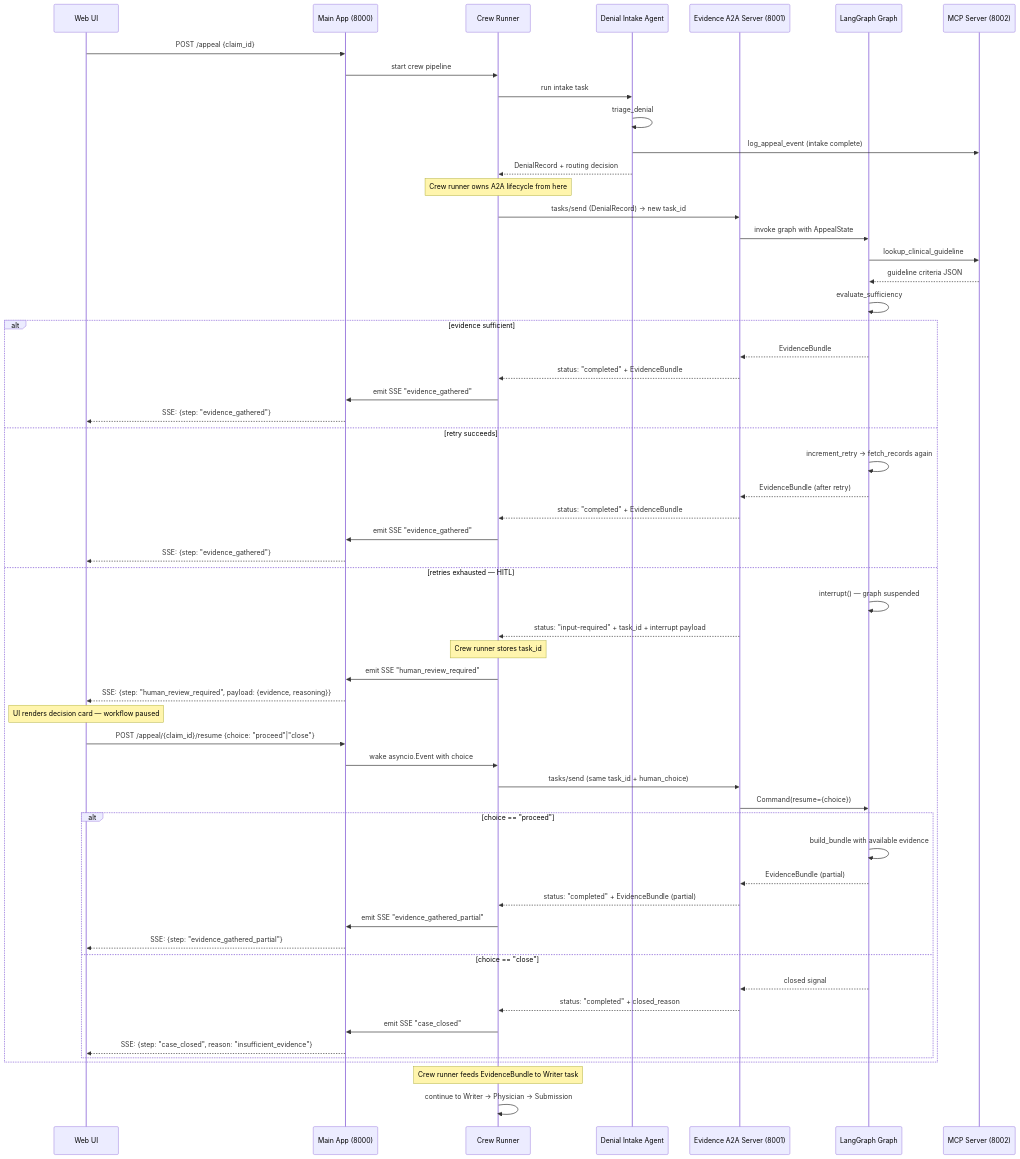
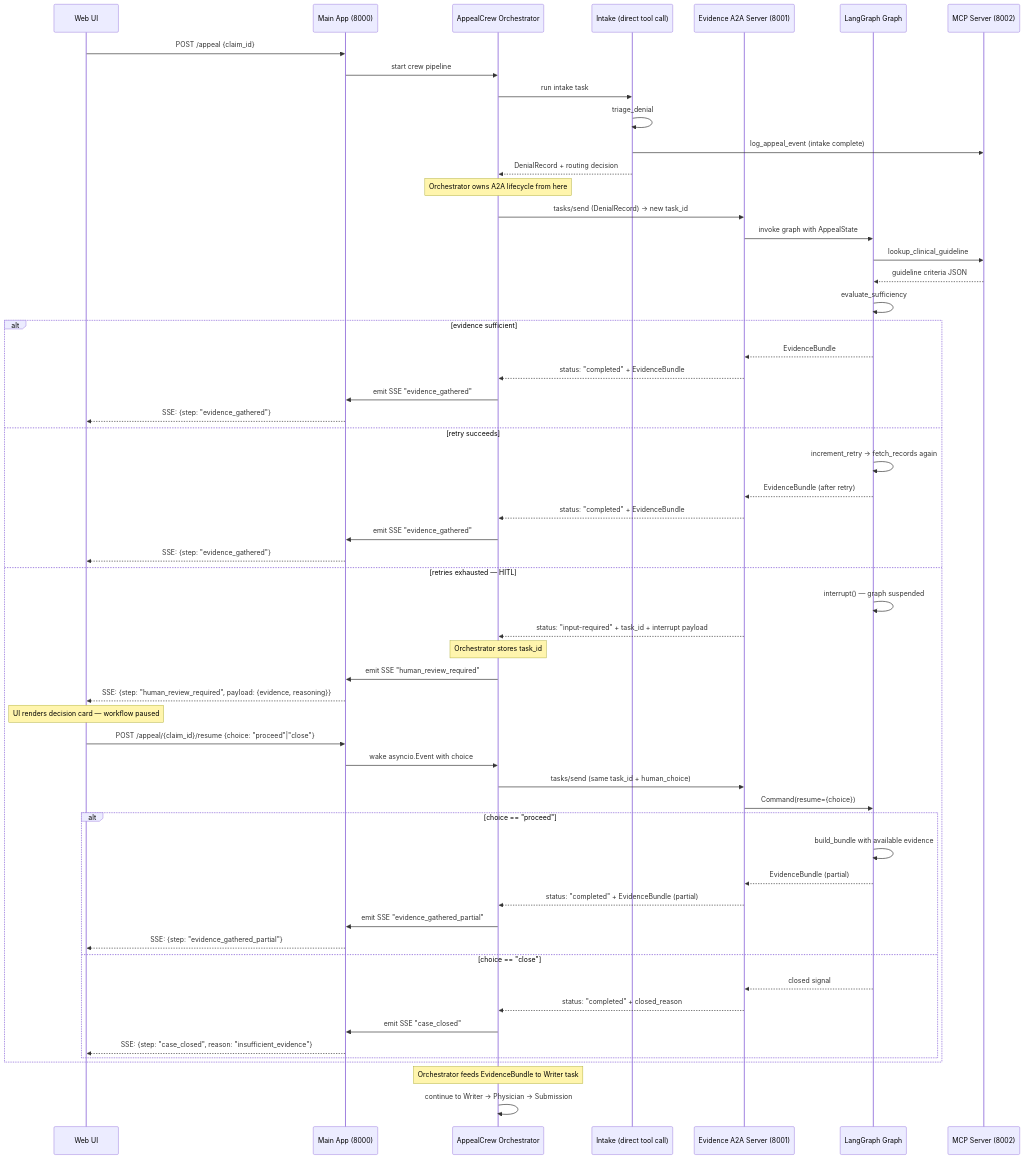
One commit to tuangatech/claim-reversal changed the fifth of 8 diagrams in _docs/02.clinical-denial-reversal-tech-spec.md. Above: the diagram before and after it, drawn with Mermaid. The commit also changed other lines of this file and 5 other files, not shown here.

Commit message:
Update Crew Agent and MCP tool calls

````diff
--- a/_docs/02.clinical-denial-reversal-tech-spec.md
+++ b/_docs/02.clinical-denial-reversal-tech-spec.md
@@ -520,64 +544,64 @@
 ```mermaid
 sequenceDiagram
     participant UI as Web UI
     participant MAIN as Main App (8000)
-    participant CREW as Crew Runner
-    participant INTAKE as Denial Intake Agent
+    participant CREW as AppealCrew Orchestrator
+    participant INTAKE as Intake (direct tool call)
     participant A2A as Evidence A2A Server (8001)
     participant LG as LangGraph Graph
     participant MCP as MCP Server (8002)
 
     UI->>MAIN: POST /appeal {claim_id}
     MAIN->>CREW: start crew pipeline
     CREW->>INTAKE: run intake task
     INTAKE->>INTAKE: triage_denial
     INTAKE->>MCP: log_appeal_event (intake complete)
     INTAKE-->>CREW: DenialRecord + routing decision
 
-    Note over CREW: Crew runner owns A2A lifecycle from here
+    Note over CREW: Orchestrator owns A2A lifecycle from here
 
     CREW->>A2A: tasks/send (DenialRecord) → new task_id
     A2A->>LG: invoke graph with AppealState
     LG->>MCP: lookup_clinical_guideline
     MCP-->>LG: guideline criteria JSON
     LG->>LG: evaluate_sufficiency
 
     alt evidence sufficient
         LG-->>A2A: EvidenceBundle
         A2A-->>CREW: status: "completed" + EvidenceBundle
         CREW->>MAIN: emit SSE "evidence_gathered"
         MAIN-->>UI: SSE: {step: "evidence_gathered"}
     else retry succeeds
         LG->>LG: increment_retry → fetch_records again
         LG-->>A2A: EvidenceBundle (after retry)
         A2A-->>CREW: status: "completed" + EvidenceBundle
         CREW->>MAIN: emit SSE "evidence_gathered"
         MAIN-->>UI: SSE: {step: "evidence_gathered"}
     else retries exhausted — HITL
         LG->>LG: interrupt() — graph suspended
         A2A-->>CREW: status: "input-required" + task_id + interrupt payload
-        Note over CREW: Crew runner stores task_id
+        Note over CREW: Orchestrator stores task_id
         CREW->>MAIN: emit SSE "human_review_required"
         MAIN-->>UI: SSE: {step: "human_review_required", payload: {evidence, reasoning}}
         Note over UI: UI renders decision card — workflow paused
         UI->>MAIN: POST /appeal/{claim_id}/resume {choice: "proceed"|"close"}
         MAIN->>CREW: wake asyncio.Event with choice
         CREW->>A2A: tasks/send (same task_id + human_choice)
         A2A->>LG: Command(resume={choice})
         alt choice == "proceed"
             LG->>LG: build_bundle with available evidence
             LG-->>A2A: EvidenceBundle (partial)
             A2A-->>CREW: status: "completed" + EvidenceBundle (partial)
             CREW->>MAIN: emit SSE "evidence_gathered_partial"
             MAIN-->>UI: SSE: {step: "evidence_gathered_partial"}
         else choice == "close"
             LG-->>A2A: closed signal
             A2A-->>CREW: status: "completed" + closed_reason
             CREW->>MAIN: emit SSE "case_closed"
             MAIN-->>UI: SSE: {step: "case_closed", reason: "insufficient_evidence"}
         end
     end
 
-    Note over CREW: Crew runner feeds EvidenceBundle to Writer task
+    Note over CREW: Orchestrator feeds EvidenceBundle to Writer task
     CREW->>CREW: continue to Writer → Physician → Submission
 ```
````
